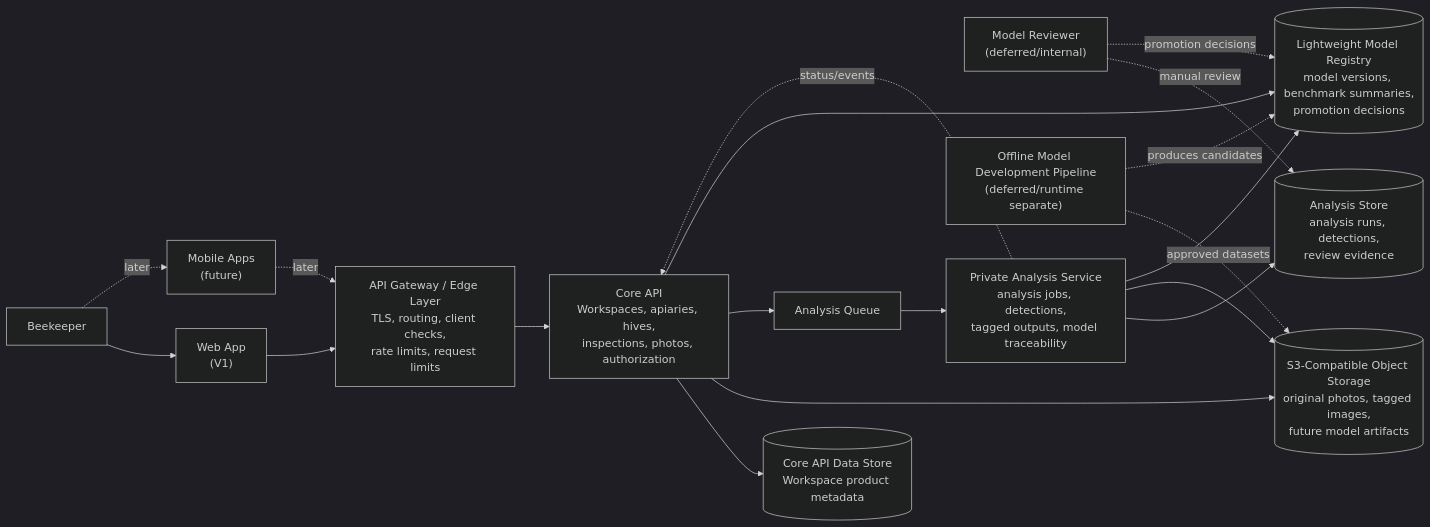
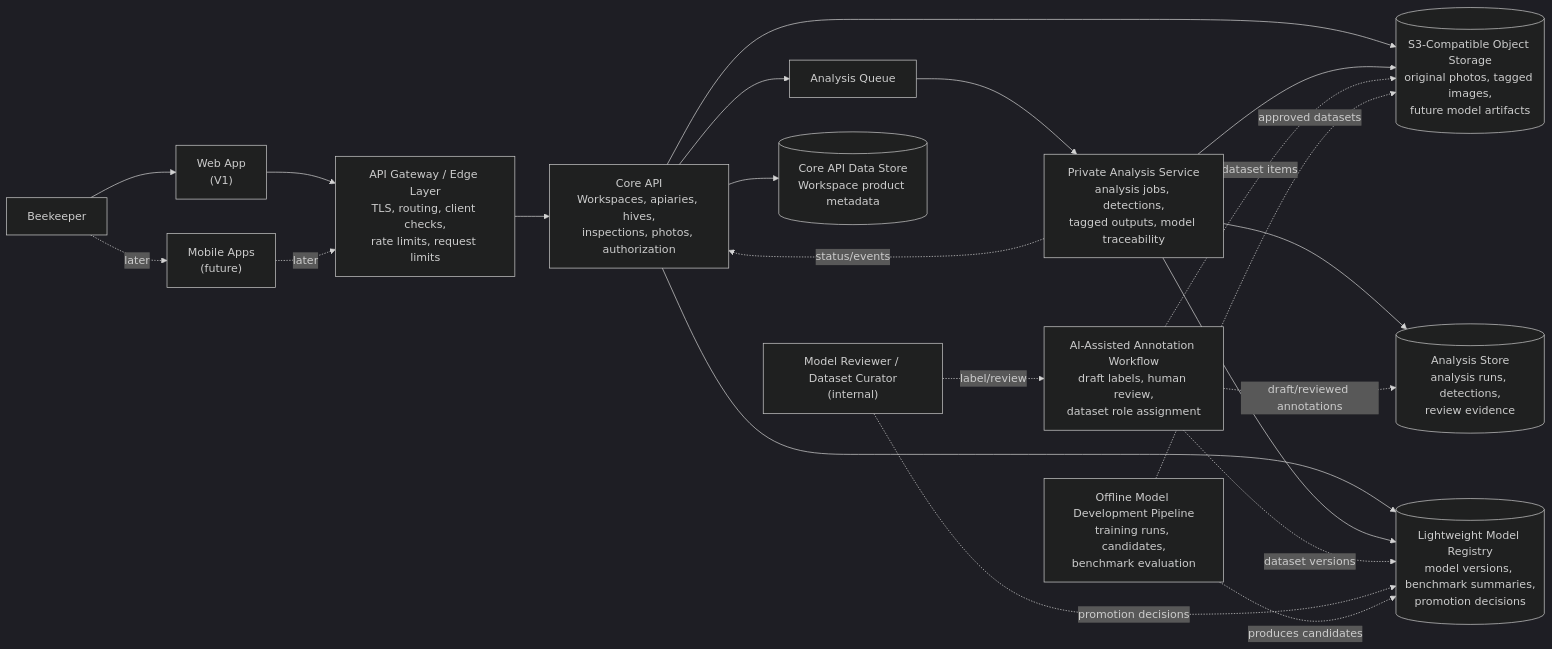
One commit to calumn/hive-sight changed the diagram in architecture/system-context.md. Above: the diagram before and after it, drawn with Mermaid (dark theme). The commit also changed other lines of this file and 6 other files, not shown here.

Commit message:
Model training speced out

````diff
--- a/architecture/system-context.md
+++ b/architecture/system-context.md
@@ -13,40 +13,44 @@
 ```mermaid
 flowchart LR
     beekeeper["Beekeeper"]
-    reviewer["Model Reviewer<br/>(deferred/internal)"]
+    reviewer["Model Reviewer / Dataset Curator<br/>(internal)"]
     web["Web App<br/>(V1)"]
     mobile["Mobile Apps<br/>(future)"]
 
     gateway["API Gateway / Edge Layer<br/>TLS, routing, client checks,<br/>rate limits, request limits"]
     core["Core API<br/>Workspaces, apiaries, hives,<br/>inspections, photos, authorization"]
     queue["Analysis Queue"]
     analysis["Private Analysis Service<br/>analysis jobs, detections,<br/>tagged outputs, model traceability"]
-    training["Offline Model Development Pipeline<br/>(deferred/runtime separate)"]
+    labeling["AI-Assisted Annotation Workflow<br/>draft labels, human review,<br/>dataset role assignment"]
+    training["Offline Model Development Pipeline<br/>training runs, candidates,<br/>benchmark evaluation"]
 
     coredb[("Core API Data Store<br/>Workspace product metadata")]
     analysisdb[("Analysis Store<br/>analysis runs, detections,<br/>review evidence")]
     objects[("S3-Compatible Object Storage<br/>original photos, tagged images,<br/>future model artifacts")]
     registry[("Lightweight Model Registry<br/>model versions, benchmark summaries,<br/>promotion decisions")]
 
     beekeeper --> web
     beekeeper -. later .-> mobile
     web --> gateway
     mobile -. later .-> gateway
     gateway --> core
 
     core --> coredb
     core --> objects
     core --> queue
     core --> registry
 
     queue --> analysis
     analysis --> analysisdb
     analysis --> objects
     analysis --> registry
     analysis -. status/events .-> core
 
-    reviewer -. manual review .-> analysisdb
+    reviewer -. label/review .-> labeling
+    labeling -. draft/reviewed annotations .-> analysisdb
+    labeling -. dataset items .-> objects
+    labeling -. dataset versions .-> registry
     reviewer -. promotion decisions .-> registry
     training -. approved datasets .-> objects
     training -. produces candidates .-> registry
 ```
````
